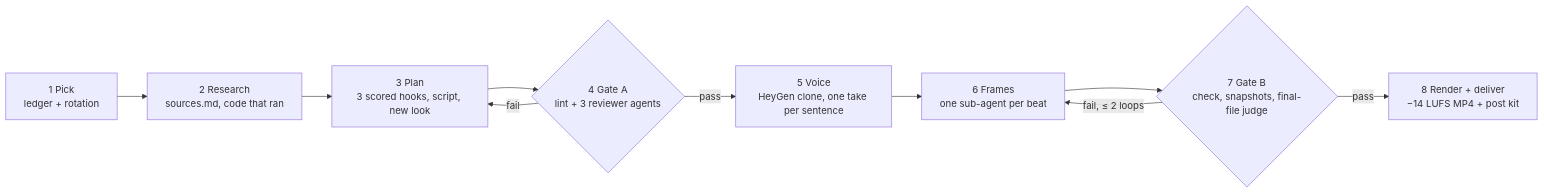
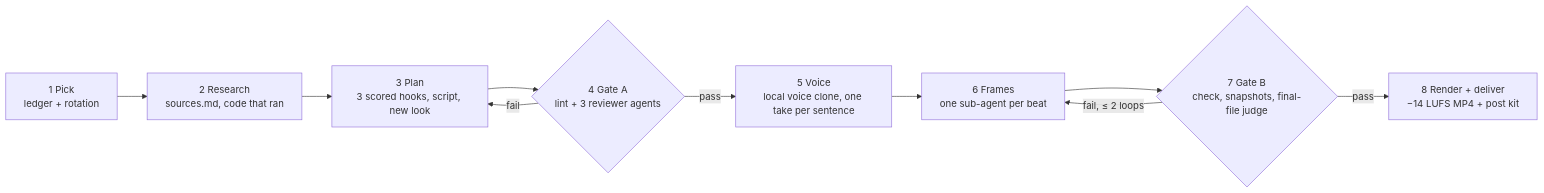
Before and after one commit to aretaslabtech/Skill-youtube: the diagram in README.md, drawn with Mermaid. The commit also changed other lines of this file and 29 other files, not shown here.

First line of the commit message:
Open-source voices: Pocket TTS (English) and IndicF5 (Hindi); drop HeyGen cloning

````diff
--- a/README.md
+++ b/README.md
@@ -46,12 +48,12 @@
 ```mermaid
 flowchart LR
     A[1 Pick<br/>ledger + rotation] --> B[2 Research<br/>sources.md, code that ran]
     B --> C[3 Plan<br/>3 scored hooks, script, new look]
     C --> D{4 Gate A<br/>lint + 3 reviewer agents}
-    D -->|pass| E[5 Voice<br/>HeyGen clone, one take per sentence]
+    D -->|pass| E[5 Voice<br/>local voice clone, one take per sentence]
     D -->|fail| C
     E --> F[6 Frames<br/>one sub-agent per beat]
     F --> G{7 Gate B<br/>check, snapshots, final-file judge}
     G -->|fail, ≤ 2 loops| F
     G -->|pass| H[8 Render + deliver<br/>−14 LUFS MP4 + post kit]
 ```
````
